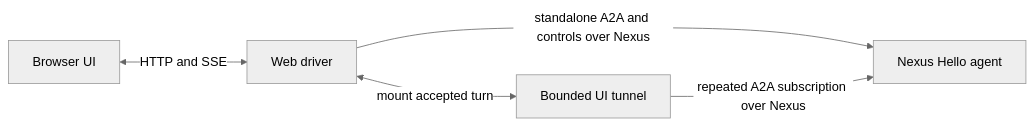
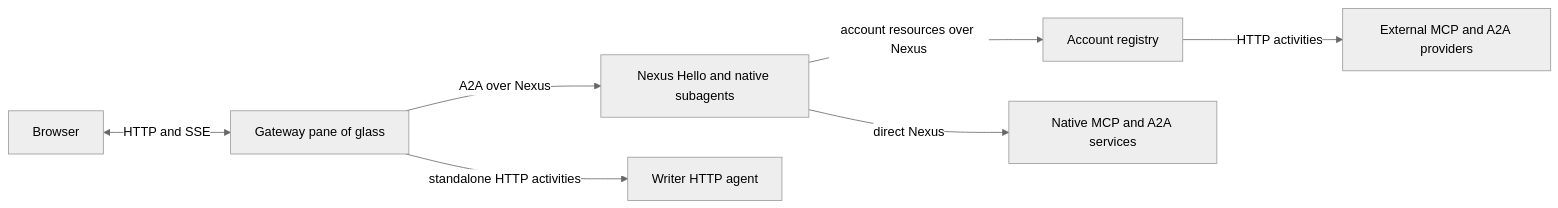
One commit to temporal-community/temporal-agent-harness changed the seventh of 7 diagrams in examples/nexus_hello/README.md. Above: the diagram before and after it, drawn with Mermaid (neutral theme). The commit also changed other lines of this file and 4 other files, not shown here.

Commit message:
Showcase brokered account UI in Nexus Hello

````diff
--- a/examples/nexus_hello/README.md
+++ b/examples/nexus_hello/README.md
@@ -210,7 +303,9 @@
 ```mermaid
 flowchart LR
-    Browser[Browser UI] <-->|HTTP and SSE| Driver[Web driver]
-    Driver -->|standalone A2A and controls over Nexus| Agent[Nexus Hello agent]
-    Driver <-->|mount accepted turn| Tunnel[Bounded UI tunnel]
-    Tunnel -->|repeated A2A subscription over Nexus| Agent
+    Browser[Browser] <-->|HTTP and SSE| Gateway[Gateway pane of glass]
+    Gateway -->|A2A over Nexus| NativeAgents[Nexus Hello and native subagents]
+    Gateway -->|standalone HTTP activities| ExternalAgent[Writer HTTP agent]
+    NativeAgents -->|account resources over Nexus| Registry[Account registry]
+    Registry -->|HTTP activities| ExternalTools[External MCP and A2A providers]
+    NativeAgents -->|direct Nexus| NativeTools[Native MCP and A2A services]
 ```
````
